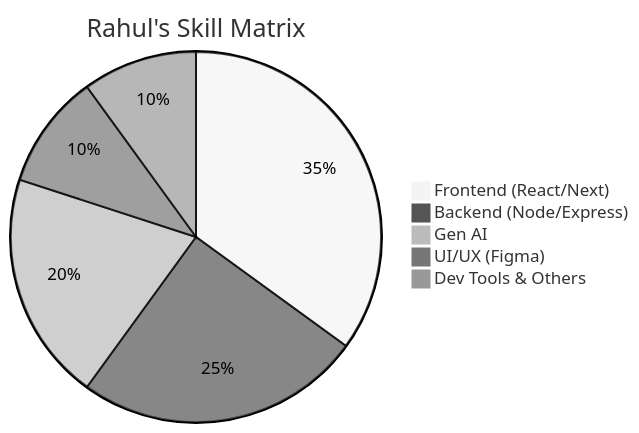
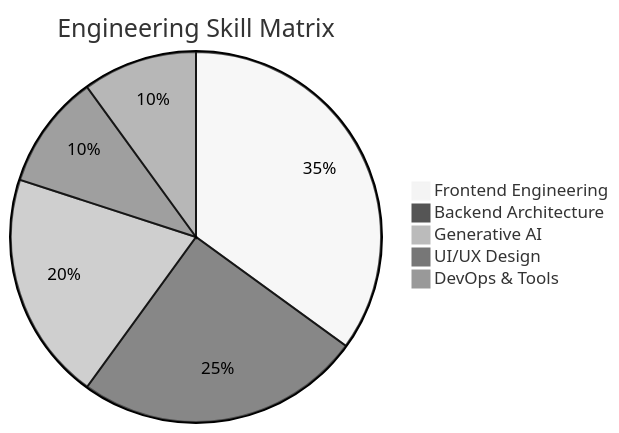
Before and after one commit to Git-WarLord/RahulUpadhyay: the diagram in README.md, drawn with Mermaid (neutral theme). The commit also changed other lines of this file, not shown here.

````diff
--- a/README.md
+++ b/README.md
@@ -81,8 +82,8 @@
 ```mermaid
-pie title Rahul's Skill Matrix
-    "Frontend (React/Next)" : 35
-    "Backend (Node/Express)" : 25
-    "Gen AI" : 20
-    "UI/UX (Figma)" : 10
-    "Dev Tools & Others" : 10
+pie title Engineering Skill Matrix
+    "Frontend Engineering" : 35
+    "Backend Architecture" : 25
+    "Generative AI" : 20
+    "UI/UX Design" : 10
+    "DevOps & Tools" : 10
 ```
````
